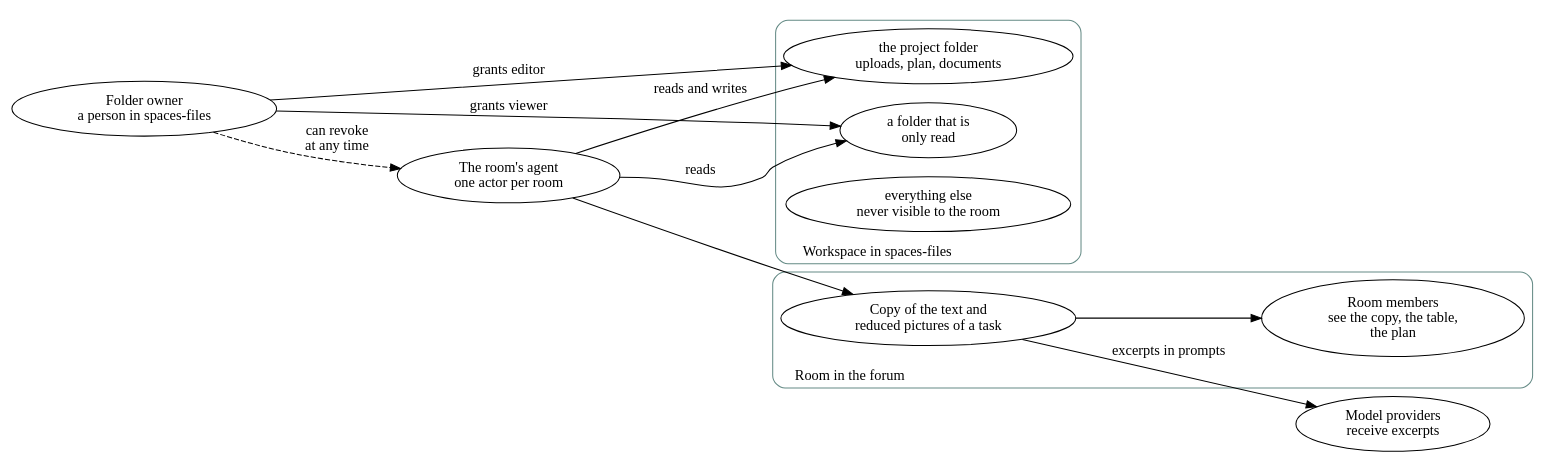
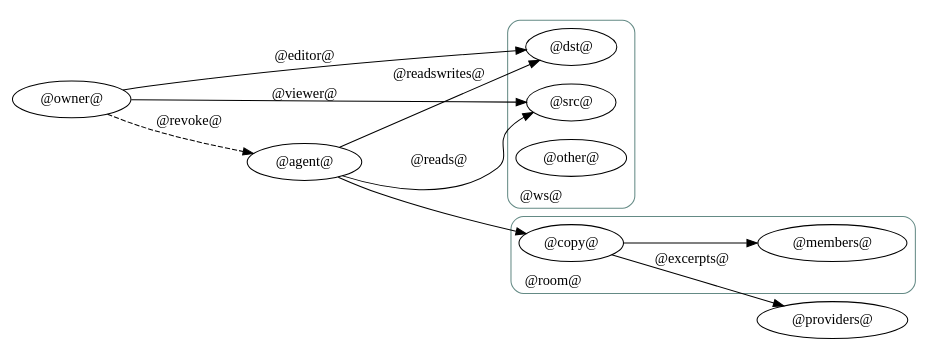
The diagram in docs/img/src/forum-access.dot (jeamy/phi-space), drawn with Graphviz before and after one commit. The commit also changed 32 other files, not shown here.

```diff
--- a/docs/img/src/forum-access.dot
+++ b/docs/img/src/forum-access.dot
@@ -1,22 +1,25 @@
-digraph "Who may see what?" {
+// Who may see what when a room is linked to a workspace (docs/forum-seite-plan-2026-11-26.en.md, section 6). The labels
+// are in a file per language (forum-access.en.sed, forum-access.de.sed): render as style.inc says, with
+// "-f forum-access.en.sed" added to the sed for ../forum-access.svg and "-f forum-access.de.sed" for ../forum-access-de.svg.
+digraph "@title@" {
 #include
 	rankdir=LR;
-	owner [label="Folder owner\na person in spaces-files", fillcolor="#fcf2d9"];
+	owner [label="@owner@", fillcolor="#fcf2d9"];
 	subgraph cluster_ws {
-		labelloc=b; label="Workspace in spaces-files"; labeljust=l; color="#648a85"; style=rounded;
-		src [label="a folder that is\nonly read"];
-		dst [label="the project folder\nuploads, plan, documents"];
-		other [label="everything else\nnever visible to the room"];
+		labelloc=b; label="@ws@"; labeljust=l; color="#648a85"; style=rounded;
+		src [label="@src@"];
+		dst [label="@dst@"];
+		other [label="@other@"];
 	}
-	agent [label="The room's agent\none actor per room", fillcolor="#d8eeea"];
+	agent [label="@agent@", fillcolor="#d8eeea"];
 	subgraph cluster_room {
-		labelloc=b; label="Room in the forum"; labeljust=l; color="#648a85"; style=rounded;
-		copy [label="Copy of the text and\nreduced pictures of a task"];
-		members [label="Room members\nsee the copy, the table,\nthe plan"];
+		labelloc=b; label="@room@"; labeljust=l; color="#648a85"; style=rounded;
+		copy [label="@copy@"];
+		members [label="@members@"];
 	}
-	providers [label="Model providers\nreceive excerpts", fillcolor="#fcf2d9"];
-	owner -> src [label="grants viewer"]; owner -> dst [label="grants editor"];
-	owner -> agent [label="can revoke\nat any time", style=dashed];
-	agent -> src [label="reads"]; agent -> dst [label="reads and writes"];
-	agent -> copy; copy -> members; copy -> providers [label="excerpts in prompts"];
+	providers [label="@providers@", fillcolor="#fcf2d9"];
+	owner -> src [label="@viewer@"]; owner -> dst [label="@editor@"];
+	owner -> agent [label="@revoke@", style=dashed];
+	agent -> src [label="@reads@"]; agent -> dst [label="@readswrites@"];
+	agent -> copy; copy -> members; copy -> providers [label="@excerpts@"];
 }
```
